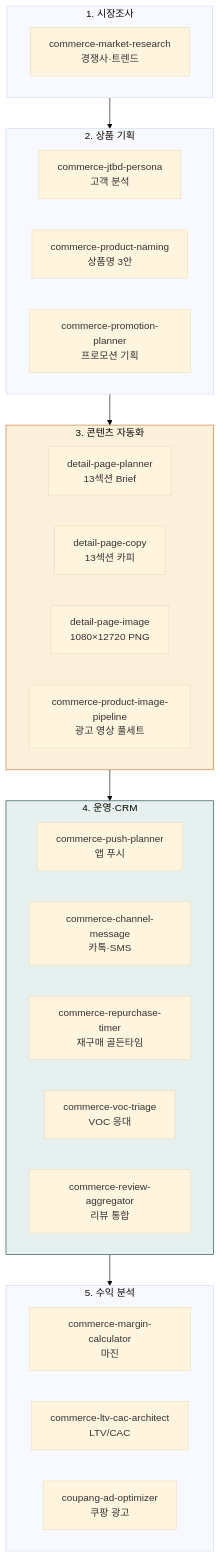
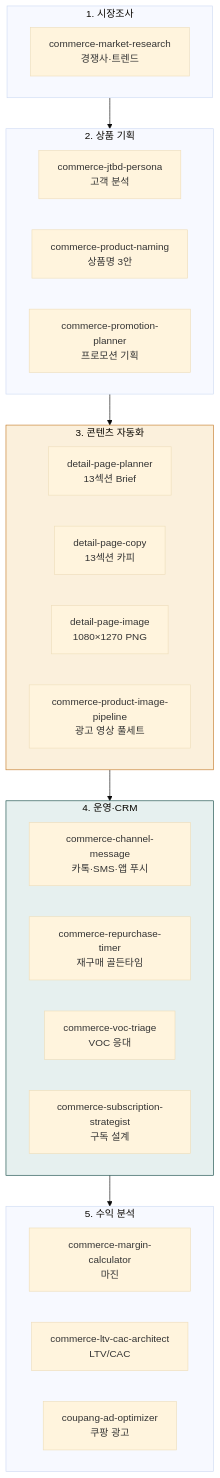
One commit to modu-ai/claude changed the first of 2 diagrams in content/cookbook/tracks/track-commerce.md. Above: the diagram before and after it, drawn with Mermaid (base theme). The commit also changed other lines of this file and 84 other files, not shown here.

First line of the commit message:
docs(docs-site): drawio → mermaid 전환 + 카운트 정정 + drawio 잔재 제거 (v2.23.0)

````diff
--- a/content/cookbook/tracks/track-commerce.md
+++ b/content/cookbook/tracks/track-commerce.md
@@ -14,32 +14,31 @@
 ```mermaid
 flowchart TB
     subgraph 시작["1. 시장조사"]
         M1["commerce-market-research<br/>경쟁사·트렌드"]
     end
     subgraph 상품["2. 상품 기획"]
         P1["commerce-jtbd-persona<br/>고객 분석"]
         P2["commerce-product-naming<br/>상품명 3안"]
         P3["commerce-promotion-planner<br/>프로모션 기획"]
     end
     subgraph 콘텐츠["3. 콘텐츠 자동화"]
         C1["detail-page-planner<br/>13섹션 Brief"]
         C2["detail-page-copy<br/>13섹션 카피"]
-        C3["detail-page-image<br/>1080×12720 PNG"]
+        C3["detail-page-image<br/>1080×1270 PNG"]
         C4["commerce-product-image-pipeline<br/>광고 영상 풀세트"]
     end
     subgraph 운영["4. 운영·CRM"]
-        O1["commerce-push-planner<br/>앱 푸시"]
-        O2["commerce-channel-message<br/>카톡·SMS"]
-        O3["commerce-repurchase-timer<br/>재구매 골든타임"]
-        O4["commerce-voc-triage<br/>VOC 응대"]
-        O5["commerce-review-aggregator<br/>리뷰 통합"]
+        O1["commerce-channel-message<br/>카톡·SMS·앱 푸시"]
+        O2["commerce-repurchase-timer<br/>재구매 골든타임"]
+        O3["commerce-voc-triage<br/>VOC 응대"]
+        O4["commerce-subscription-strategist<br/>구독 설계"]
     end
     subgraph 분석["5. 수익 분석"]
         A1["commerce-margin-calculator<br/>마진"]
         A2["commerce-ltv-cac-architect<br/>LTV/CAC"]
         A3["coupang-ad-optimizer<br/>쿠팡 광고"]
     end
     시작 --> 상품 --> 콘텐츠 --> 운영 --> 분석
     style 콘텐츠 fill:#fbf0dc,stroke:#c47b2a
     style 운영 fill:#e6f0ef,stroke:#144a46
 ```
````
